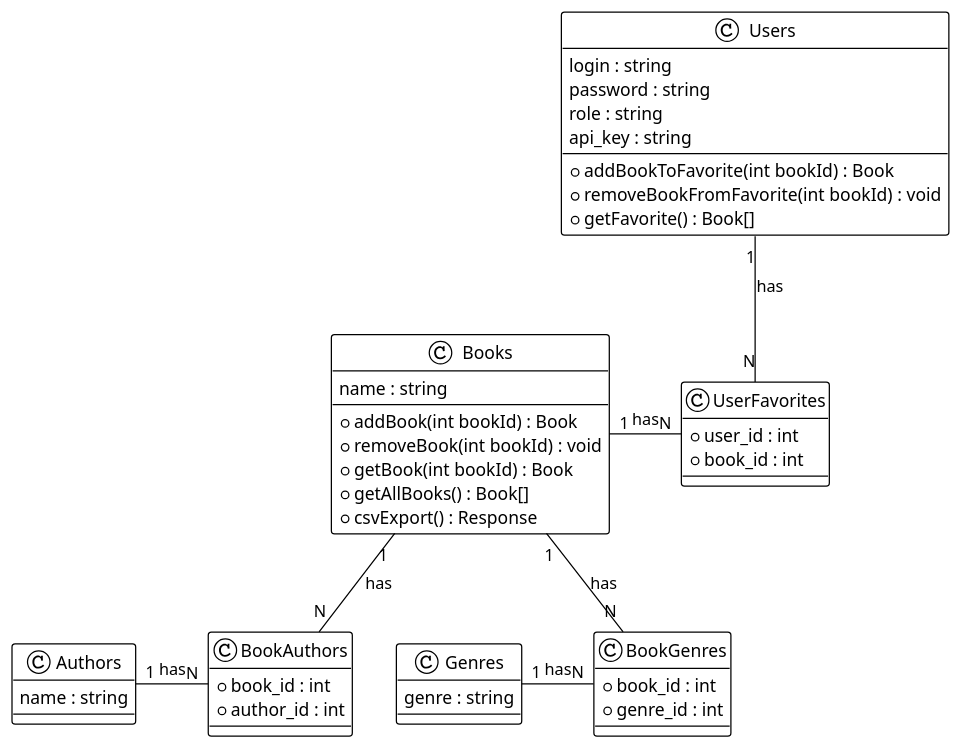
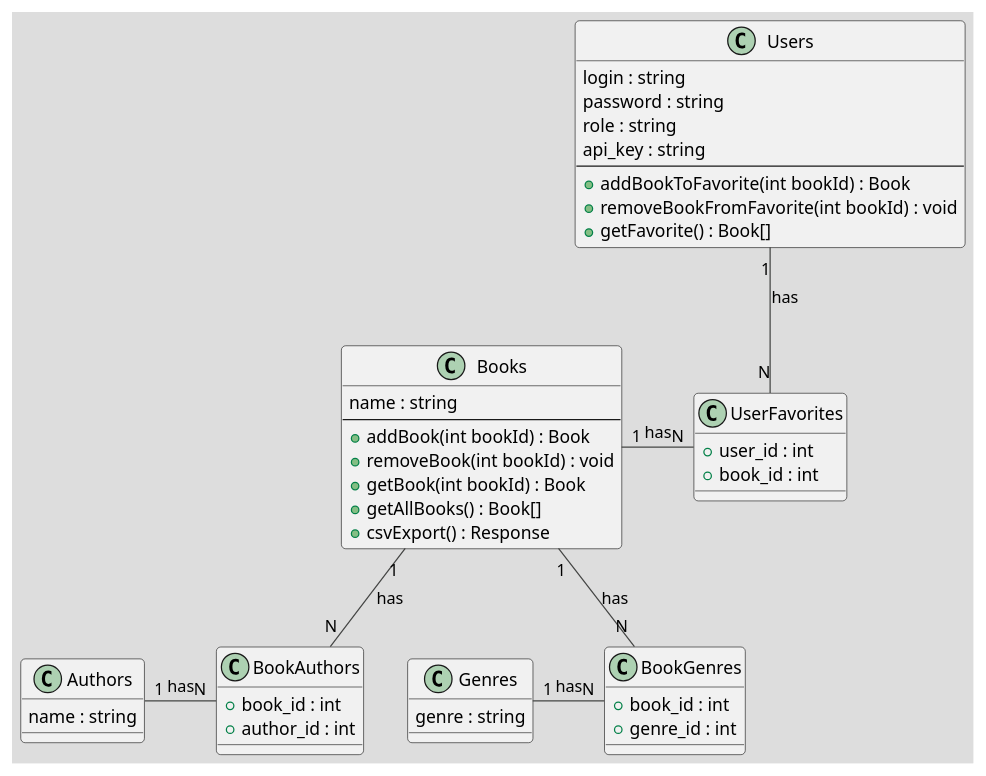
The diagram in uml/ClassDiagram.puml (Ushchenko/OnlineLibraryAPI-main), drawn with PlantUML before and after one commit. The commit also changed 1 other file, not shown here.

Commit message:
Update uml

```diff
--- a/uml/ClassDiagram.puml
+++ b/uml/ClassDiagram.puml
@@ -1,53 +1,53 @@
 @startuml
-!theme plain
+!theme toy
 class Users {
   login : string
   password : string
   role : string
   api_key : string
   --
   +addBookToFavorite(int bookId) : Book
   +removeBookFromFavorite(int bookId) : void
   +getFavorite() : Book[]
 }
 
 class Books {
   name : string
   --
   +addBook(int bookId) : Book
   +removeBook(int bookId) : void
   +getBook(int bookId) : Book
   +getAllBooks() : Book[]
   +csvExport() : Response
 }
 
 class Authors {
   name : string
 }
 
 class Genres {
   genre : string
 }
 
 class BookAuthors {
   + book_id : int
   + author_id : int
 }
 
 class BookGenres {
   + book_id : int
   + genre_id : int
 }
 
 class UserFavorites {
   + user_id : int
   + book_id : int
 }
 
 Users "1" -- "N" UserFavorites : has
 Books "1" - "N" UserFavorites : has
 Books "1" -- "N" BookAuthors : has
 Authors "1" - "N" BookAuthors : has
 Books "1" -- "N" BookGenres : has
 Genres "1" - "N" BookGenres : has
 @enduml
```
